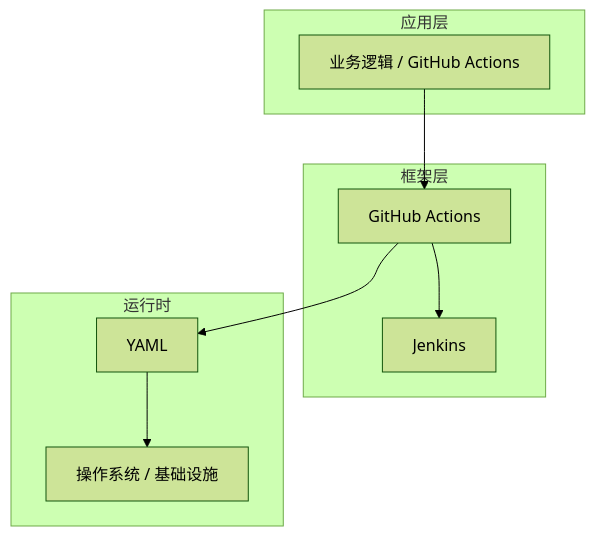
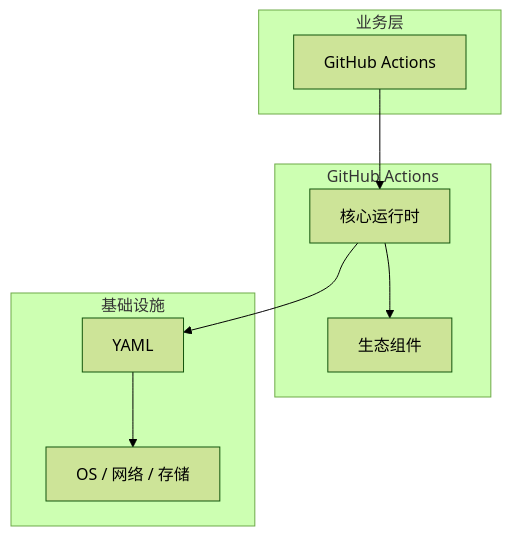
One commit to yanggan2015/knowledge-json-v2 changed the diagram in articles/CI与CD/chapters/041-GitHub-Actions核心概念与原理.md. Above: the diagram before and after it, drawn with Mermaid (forest theme). The commit also changed other lines of this file and 10127 other files, not shown here.

````diff
--- a/articles/CI与CD/chapters/041-GitHub-Actions核心概念与原理.md
+++ b/articles/CI与CD/chapters/041-GitHub-Actions核心概念与原理.md
@@ -45,18 +34,18 @@
 ```mermaid
 graph TB
-    subgraph 应用层
-        A[业务逻辑 / GitHub Actions]
+    subgraph 业务层
+        A[GitHub Actions]
     end
-    subgraph 框架层
-        B[GitHub Actions]
-        C[Jenkins]
+    subgraph GitHub Actions
+        B[核心运行时]
+        C[生态组件]
     end
-    subgraph 运行时
+    subgraph 基础设施
         D[YAML]
-        E[操作系统 / 基础设施]
+        E[OS / 网络 / 存储]
     end
     A --> B
     B --> C
     B --> D
     D --> E
 ```
````
